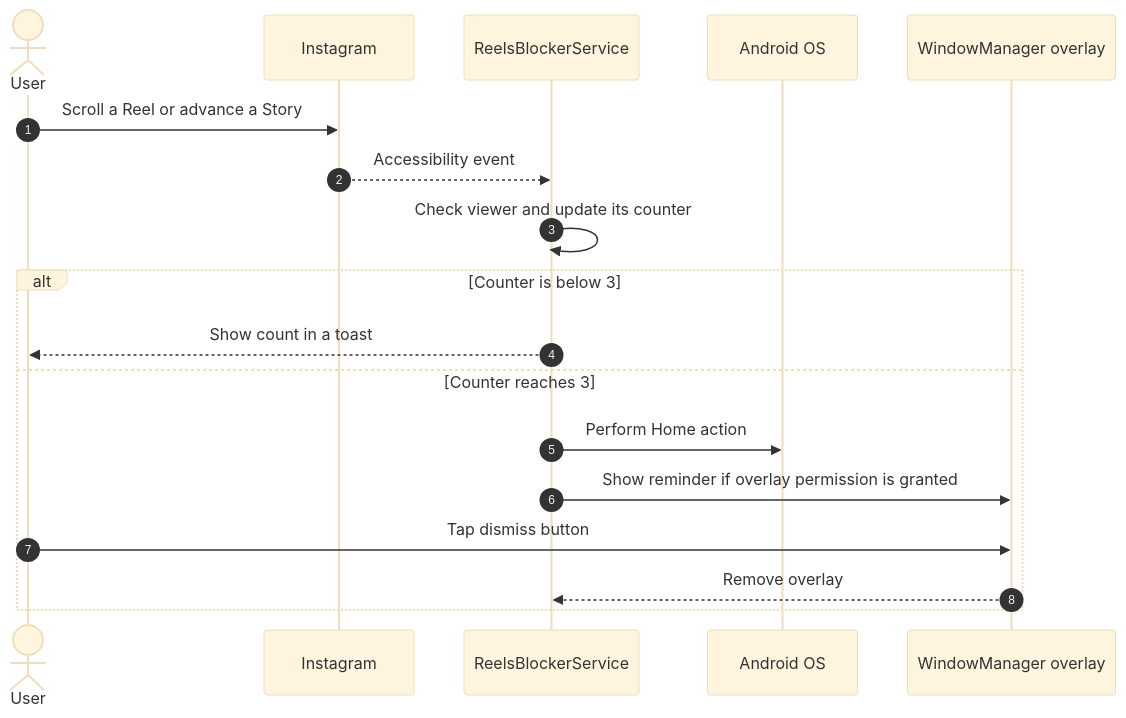
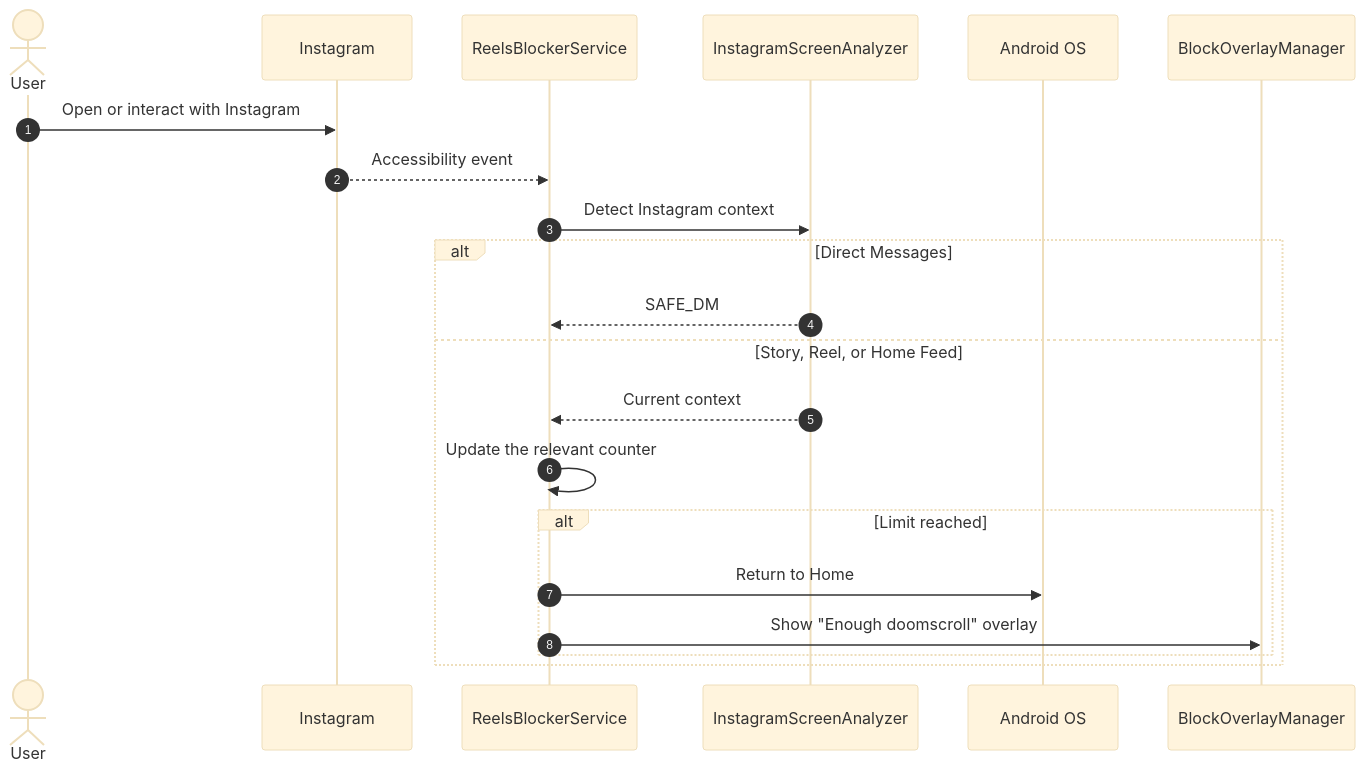
One commit to coxteen/instagram-limiter changed the diagram in README.md. Above: the diagram before and after it, drawn with Mermaid (base theme). The commit also changed other lines of this file, not shown here.

````diff
--- a/README.md
+++ b/README.md
@@ -32,21 +54,24 @@
 ```mermaid
 sequenceDiagram
-	autonumber
-	actor User
-	participant Instagram
-	participant Service as ReelsBlockerService
-	participant Android as Android OS
-	participant Overlay as WindowManager overlay
+    autonumber
+    actor User
+    participant Instagram
+    participant Service as ReelsBlockerService
+    participant Analyzer as InstagramScreenAnalyzer
+    participant Android as Android OS
+    participant Overlay as BlockOverlayManager
 
-	User->>Instagram: Scroll a Reel or advance a Story
-	Instagram-->>Service: Accessibility event
-	Service->>Service: Check viewer and update its counter
-	alt Counter is below 3
-		Service-->>User: Show count in a toast
-	else Counter reaches 3
-		Service->>Android: Perform Home action
-		Service->>Overlay: Show reminder if overlay permission is granted
-		User->>Overlay: Tap dismiss button
-		Overlay-->>Service: Remove overlay
-	end
+    User->>Instagram: Open or interact with Instagram
+    Instagram-->>Service: Accessibility event
+    Service->>Analyzer: Detect Instagram context
+    alt Direct Messages
+        Analyzer-->>Service: SAFE_DM
+    else Story, Reel, or Home Feed
+        Analyzer-->>Service: Current context
+        Service->>Service: Update the relevant counter
+        alt Limit reached
+            Service->>Android: Return to Home
+            Service->>Overlay: Show "Enough doomscroll" overlay
+        end
+    end
 ```
````
